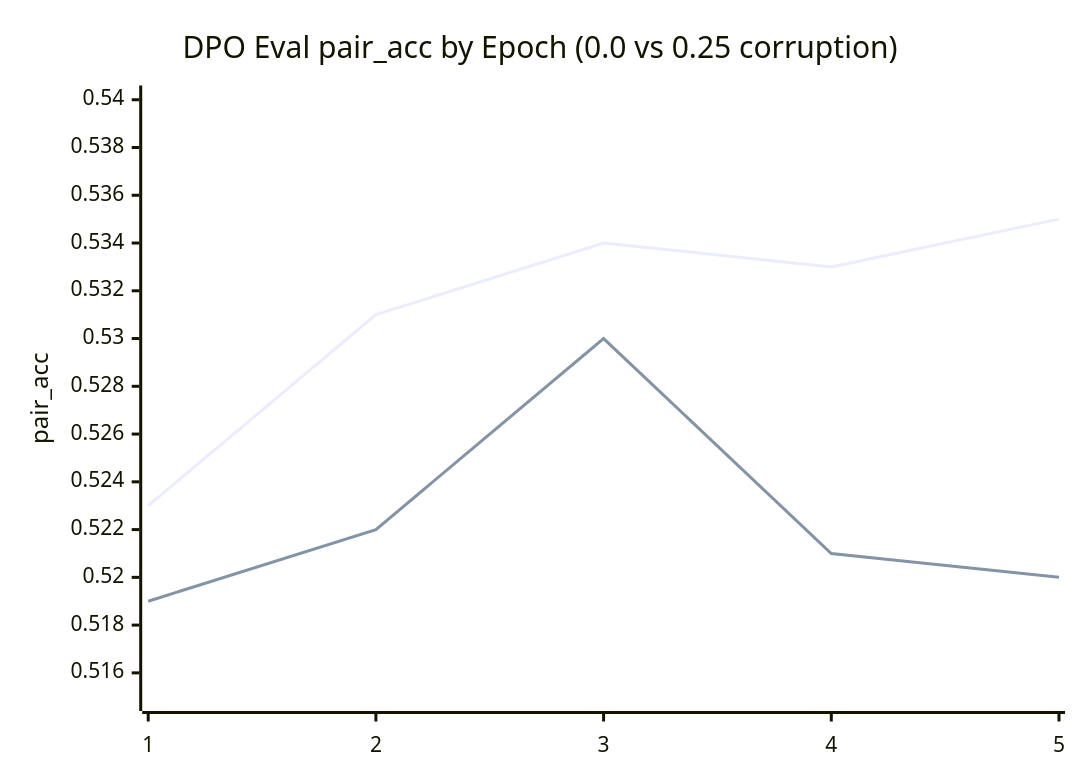
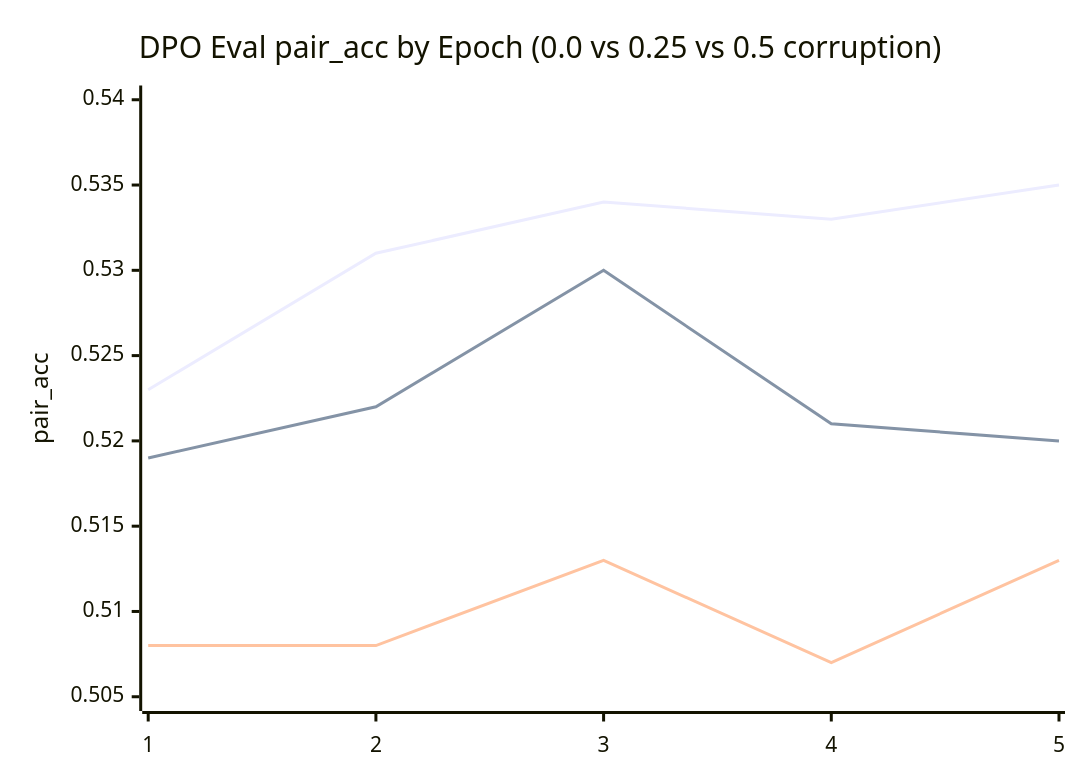
The second of 2 diagrams in README.md (ethanlou36/implicit_finetuning), drawn with Mermaid before and after one commit. The commit also changed other lines of this file, not shown here.

Commit message:
corruption 0.5

````diff
--- a/README.md
+++ b/README.md
@@ -132,8 +133,9 @@
 ```mermaid
 xychart-beta
-    title "DPO Eval pair_acc by Epoch (0.0 vs 0.25 corruption)"
+    title "DPO Eval pair_acc by Epoch (0.0 vs 0.25 vs 0.5 corruption)"
     x-axis [1, 2, 3, 4, 5]
-    y-axis "pair_acc" 0.515 --> 0.54
+    y-axis "pair_acc" 0.505 --> 0.54
     line [0.523, 0.531, 0.534, 0.533, 0.535]
     line [0.519, 0.522, 0.530, 0.521, 0.520]
+    line [0.508, 0.508, 0.513, 0.507, 0.513]
 ```
````
